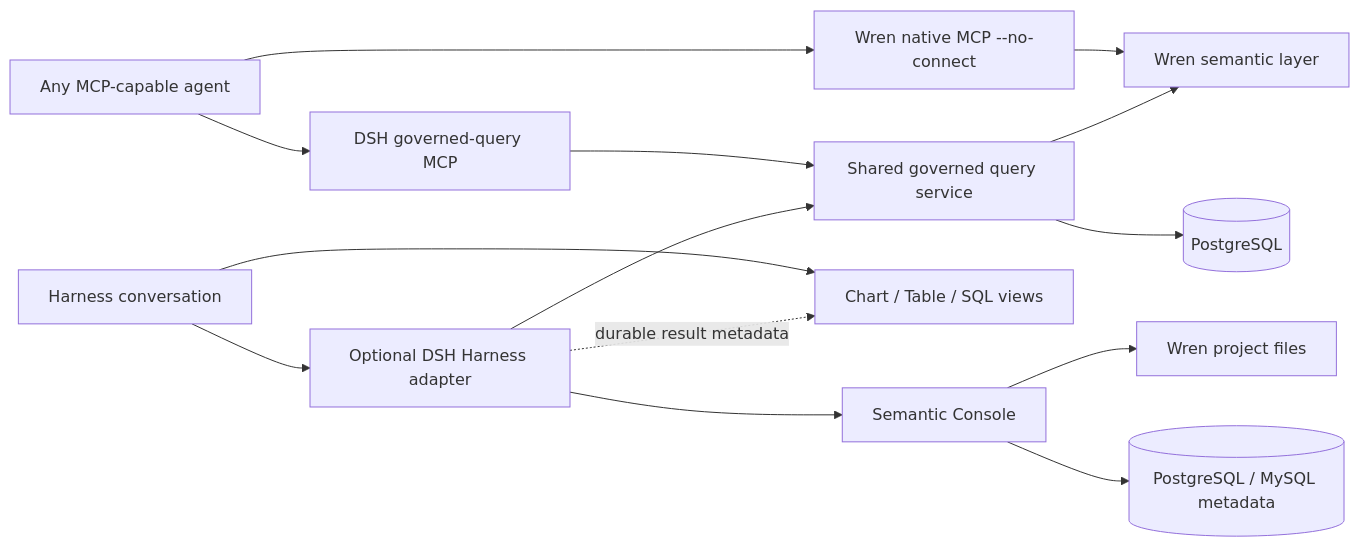
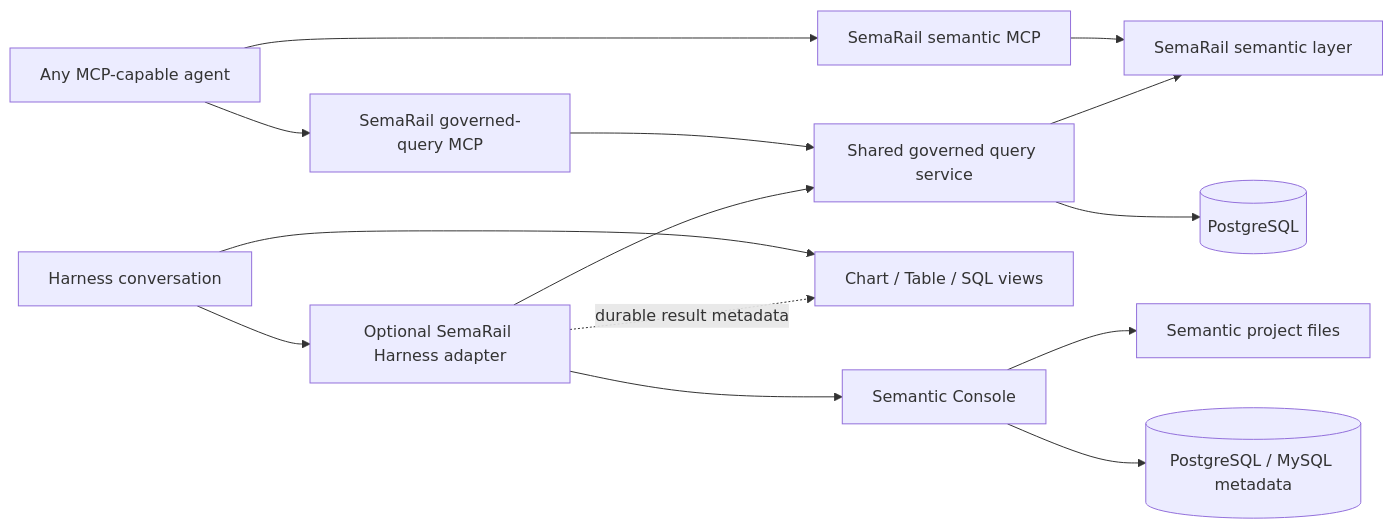
One commit to hejielijob-commits/SemaRail changed the diagram in README.md. Above: the diagram before and after it, drawn with Mermaid. The commit also changed other lines of this file and 49 other files, not shown here.

Commit message:
feat: rebrand project as SemaRail

````diff
--- a/README.md
+++ b/README.md
@@ -46,17 +48,17 @@
 ```mermaid
 flowchart LR
-    A[Any MCP-capable agent] --> N[Wren native MCP --no-connect]
-    A --> G[DSH governed-query MCP]
-    N --> W[Wren semantic layer]
+    A[Any MCP-capable agent] --> N[SemaRail semantic MCP]
+    A --> G[SemaRail governed-query MCP]
+    N --> W[SemaRail semantic layer]
     G --> Q[Shared governed query service]
     Q --> W
     Q --> P[(PostgreSQL)]
 
     U[Harness conversation] --> C[Chart / Table / SQL views]
-    U --> H[Optional DSH Harness adapter]
+    U --> H[Optional SemaRail Harness adapter]
     H --> Q
     H --> M[Semantic Console]
-    M --> F[Wren project files]
+    M --> F[Semantic project files]
     M --> D[(PostgreSQL / MySQL metadata)]
     H -. durable result metadata .-> C
 ```
````
